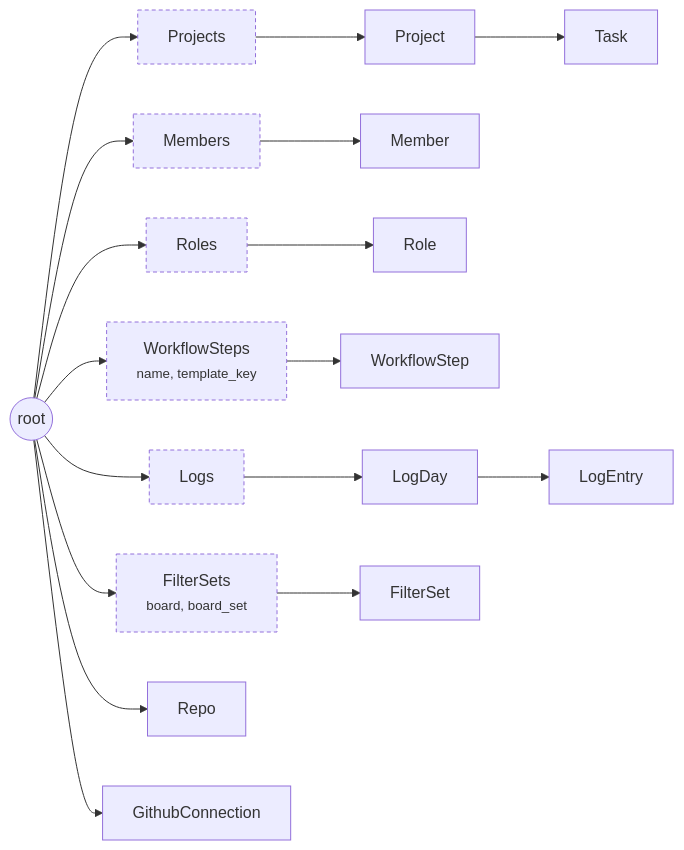
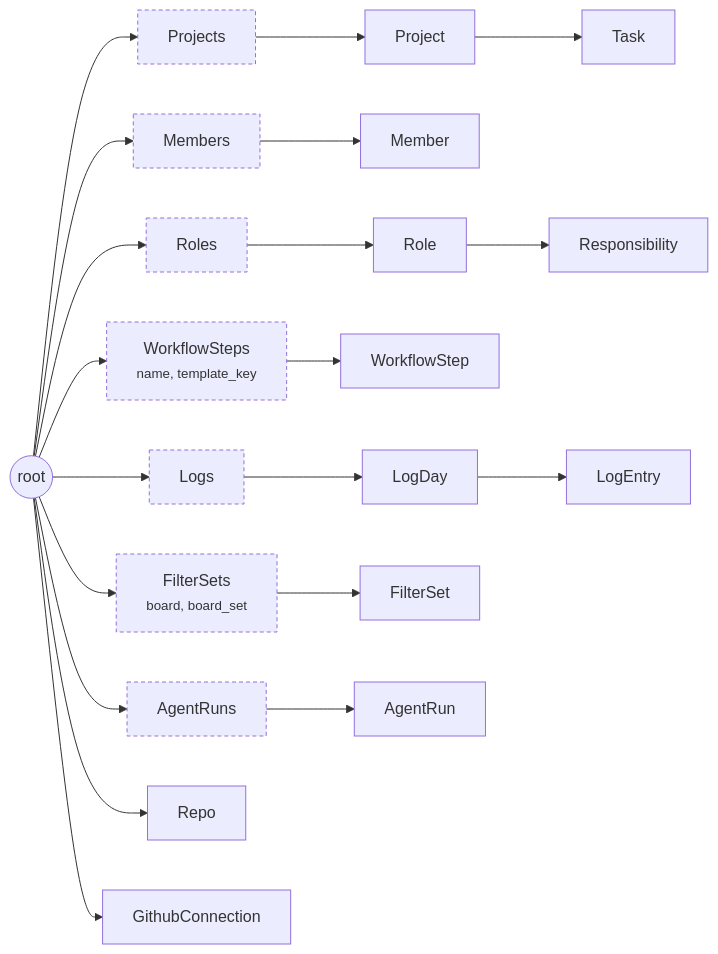
One commit to kashmithnisakya/flowline changed the first of 2 diagrams in docs/content/concepts/data-graph.md. Above: the diagram before and after it, drawn with Mermaid. The commit also changed other lines of this file and 5 other files, not shown here.

First line of the commit message:
Model a role's AI responsibilities and their runs

````diff
--- a/docs/content/concepts/data-graph.md
+++ b/docs/content/concepts/data-graph.md
@@ -14,15 +14,16 @@
 ```mermaid
 flowchart LR
     root(("root"))
     root --> projects["Projects"] --> project["Project"] --> task["Task"]
     root --> members["Members"] --> member["Member"]
-    root --> roles["Roles"] --> role["Role"]
+    root --> roles["Roles"] --> role["Role"] --> resp["Responsibility"]
     root --> steps["WorkflowSteps<br/><small>name, template_key</small>"] --> step["WorkflowStep"]
     root --> logs["Logs"] --> day["LogDay"] --> entry["LogEntry"]
     root --> filtersets["FilterSets<br/><small>board, board_set</small>"] --> filterset["FilterSet"]
+    root --> runs["AgentRuns"] --> run["AgentRun"]
     root --> repo["Repo"]
     root --> conn["GithubConnection"]
 
     classDef box stroke-dasharray:4 3
-    class projects,members,roles,steps,logs,filtersets box
+    class projects,members,roles,steps,logs,filtersets,runs box
 ```
````
